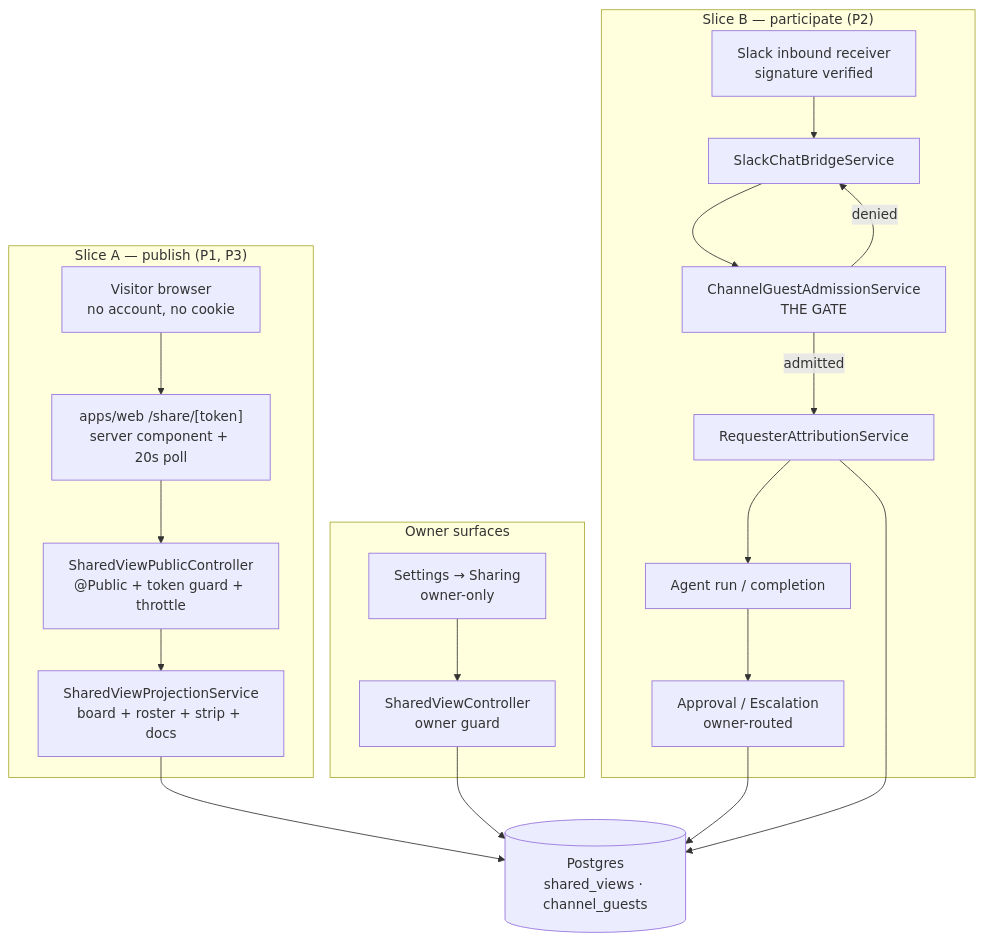
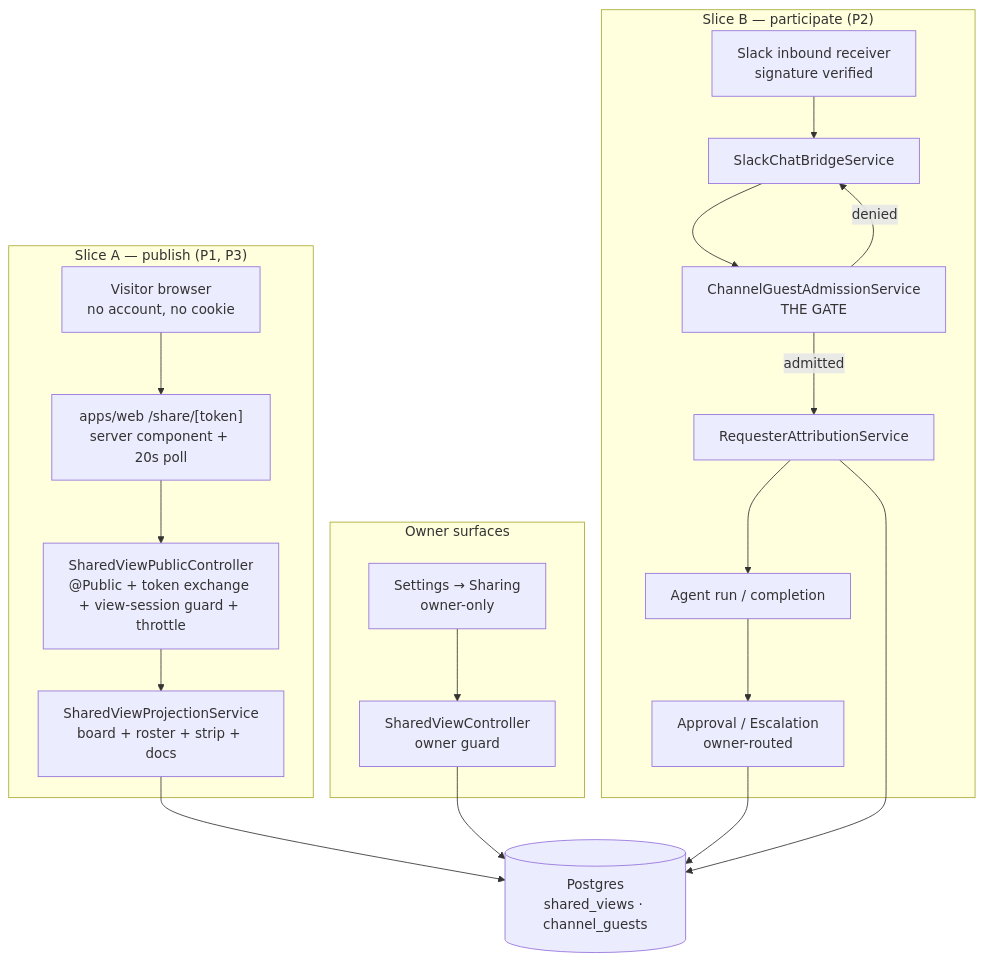
The diagram in docs/specs/features/agent-workspace/AW-18-shared-dashboards/plan.md (ever-works/ever-works), drawn with Mermaid before and after one commit. The commit also changed other lines of this file and 55 other files, not shown here.

````diff
--- a/docs/specs/features/agent-workspace/AW-18-shared-dashboards/plan.md
+++ b/docs/specs/features/agent-workspace/AW-18-shared-dashboards/plan.md
@@ -175,29 +187,29 @@
 ```mermaid
 flowchart TB
     subgraph PUB["Slice A — publish (P1, P3)"]
         V["Visitor browser<br/>no account, no cookie"]
         SP["apps/web /share/[token]<br/>server component + 20s poll"]
-        PC["SharedViewPublicController<br/>@Public + token guard + throttle"]
+        PC["SharedViewPublicController<br/>@Public + token exchange + view-session guard + throttle"]
         PS["SharedViewProjectionService<br/>board + roster + strip + docs"]
     end
     subgraph OWN["Owner surfaces"]
         SS["Settings → Sharing<br/>owner-only"]
         SC["SharedViewController<br/>owner guard"]
     end
     subgraph GATE["Slice B — participate (P2)"]
         IN["Slack inbound receiver<br/>signature verified"]
         BR["SlackChatBridgeService"]
         AG["ChannelGuestAdmissionService<br/>THE GATE"]
         AT["RequesterAttributionService"]
         RUN["Agent run / completion"]
         DEC["Approval / Escalation<br/>owner-routed"]
     end
     DB[("Postgres<br/>shared_views · channel_guests")]
 
     V --> SP --> PC --> PS --> DB
     SS --> SC --> DB
     IN --> BR --> AG
     AG -- denied --> BR
     AG -- admitted --> AT --> RUN --> DEC --> DB
     AT --> DB
 ```
````
